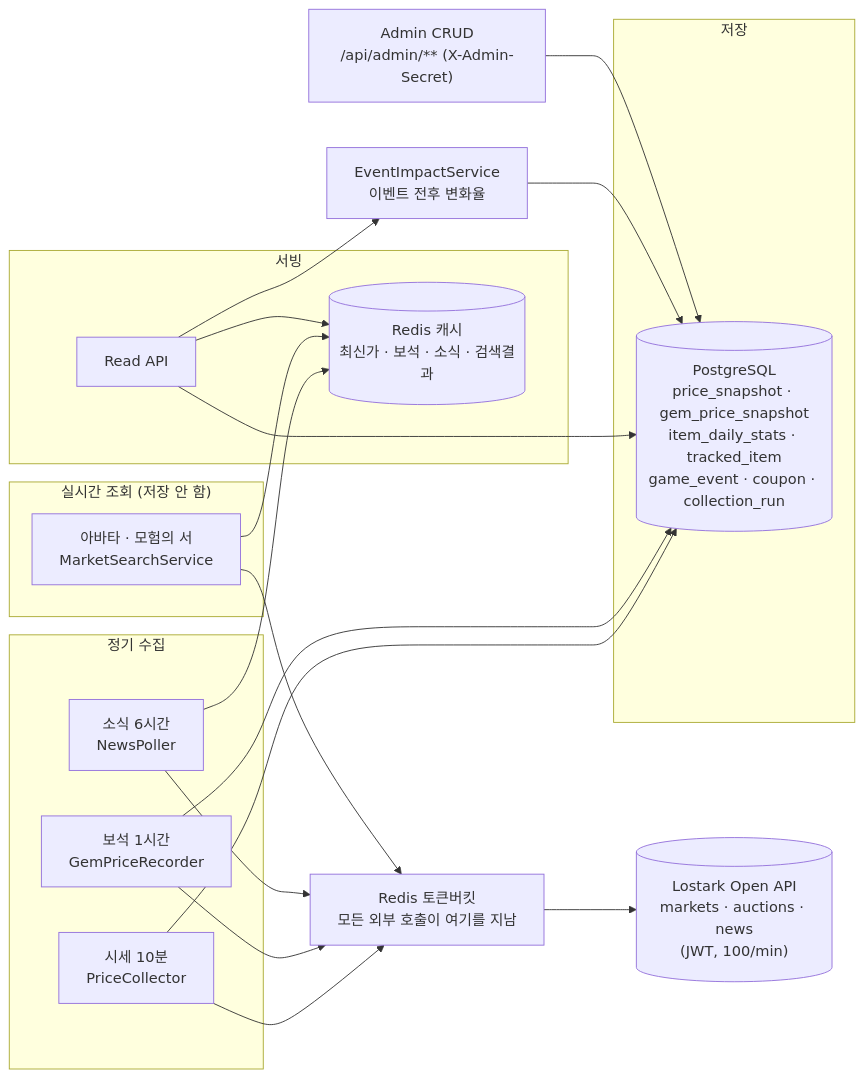
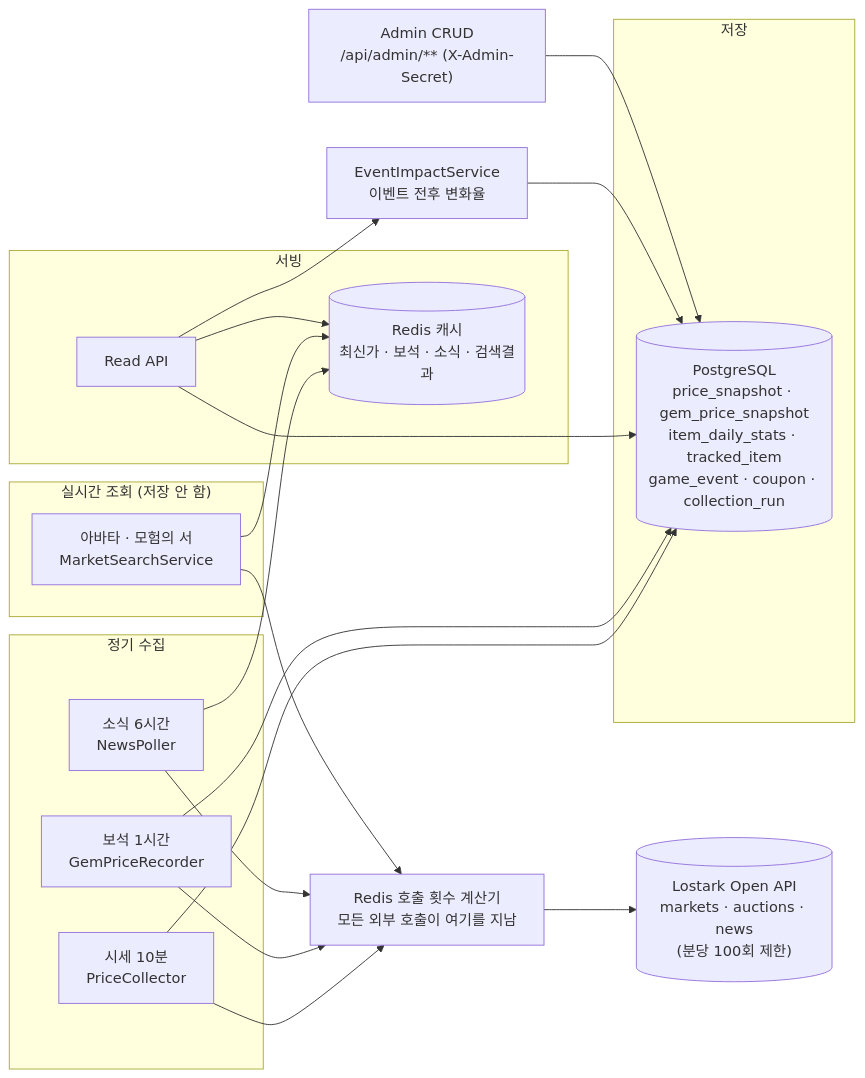
One commit to jongyeon2/lostark-market-tracker changed the diagram in README.md. Above: the diagram before and after it, drawn with Mermaid. The commit also changed other lines of this file, not shown here.

````diff
--- a/README.md
+++ b/README.md
@@ -151,44 +62,44 @@
 ```mermaid
 flowchart LR
-    API[("Lostark Open API<br/>markets · auctions · news<br/>(JWT, 100/min)")]
-    RL["Redis 토큰버킷<br/>모든 외부 호출이 여기를 지남"]
+    API[("Lostark Open API<br/>markets · auctions · news<br/>(분당 100회 제한)")]
+    RL["Redis 호출 횟수 계산기<br/>모든 외부 호출이 여기를 지남"]
 
     subgraph collect["정기 수집"]
         SCH["시세 10분<br/>PriceCollector"]
         GEM["보석 1시간<br/>GemPriceRecorder"]
         NEWS["소식 6시간<br/>NewsPoller"]
     end
 
     subgraph ondemand["실시간 조회 (저장 안 함)"]
         MK["아바타 · 모험의 서<br/>MarketSearchService"]
     end
 
     subgraph store["저장"]
         PG[("PostgreSQL<br/>price_snapshot · gem_price_snapshot<br/>item_daily_stats · tracked_item<br/>game_event · coupon · collection_run")]
     end
 
     subgraph serve["서빙"]
         READ["Read API"]
         CACHE[("Redis 캐시<br/>최신가 · 보석 · 소식 · 검색결과")]
     end
 
     EI["EventImpactService<br/>이벤트 전후 변화율"]
     ADMIN["Admin CRUD<br/>/api/admin/** (X-Admin-Secret)"]
 
     SCH --> RL
     GEM --> RL
     NEWS --> RL
     MK --> RL
     RL --> API
 
     SCH --> PG
     GEM --> PG
     NEWS --> CACHE
     MK --> CACHE
 
     READ --> CACHE
     READ --> PG
     READ --> EI
     EI --> PG
     ADMIN --> PG
 ```
````
